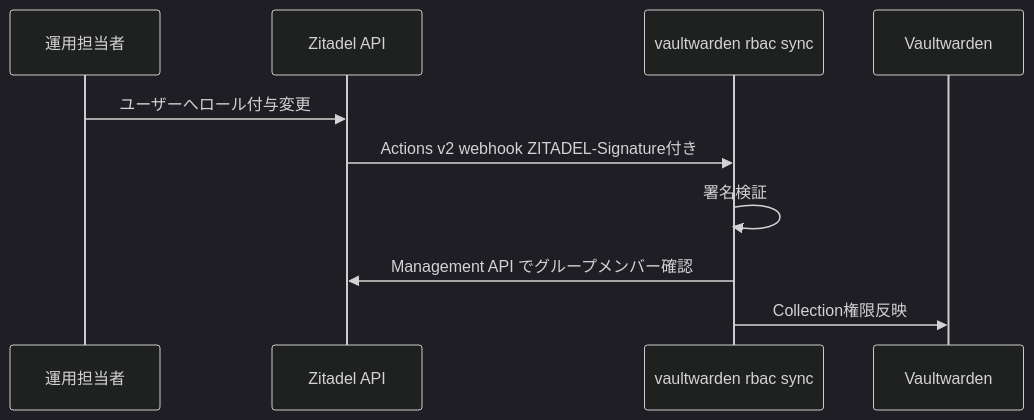
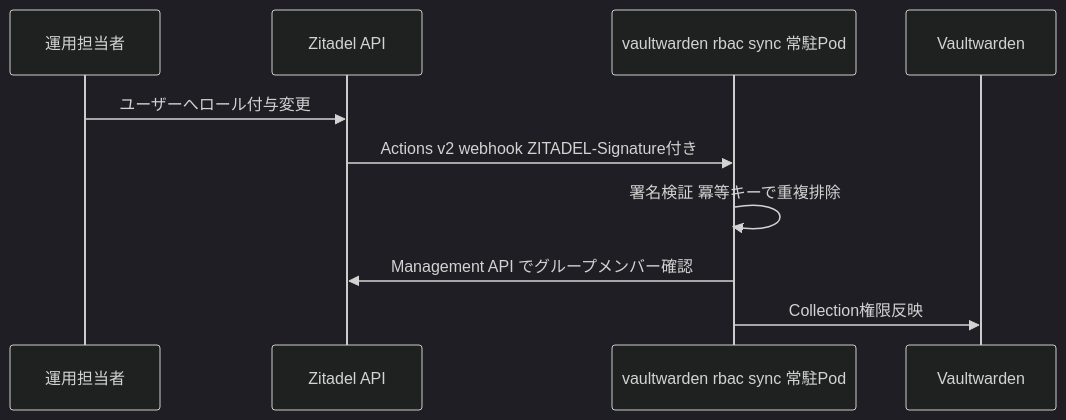
Before and after one commit to aramakisai/aramakisai-infra: the fifth of 6 diagrams in .kiro/specs/idp-migration-zitadel/design.md, drawn with Mermaid (dark theme). The commit also changed other lines of this file and 3 other files, not shown here.

````diff
--- a/.kiro/specs/idp-migration-zitadel/design.md
+++ b/.kiro/specs/idp-migration-zitadel/design.md
@@ -184,13 +224,13 @@
 ```mermaid
 sequenceDiagram
     participant Admin as 運用担当者
     participant Zitadel as Zitadel API
-    participant Sync as vaultwarden rbac sync
+    participant Sync as vaultwarden rbac sync 常駐Pod
     participant Vaultwarden
 
     Admin->>Zitadel: ユーザーへロール付与変更
     Zitadel->>Sync: Actions v2 webhook ZITADEL-Signature付き
-    Sync->>Sync: 署名検証
+    Sync->>Sync: 署名検証 冪等キーで重複排除
     Sync->>Zitadel: Management API でグループメンバー確認
     Sync->>Vaultwarden: Collection権限反映
 ```
````
